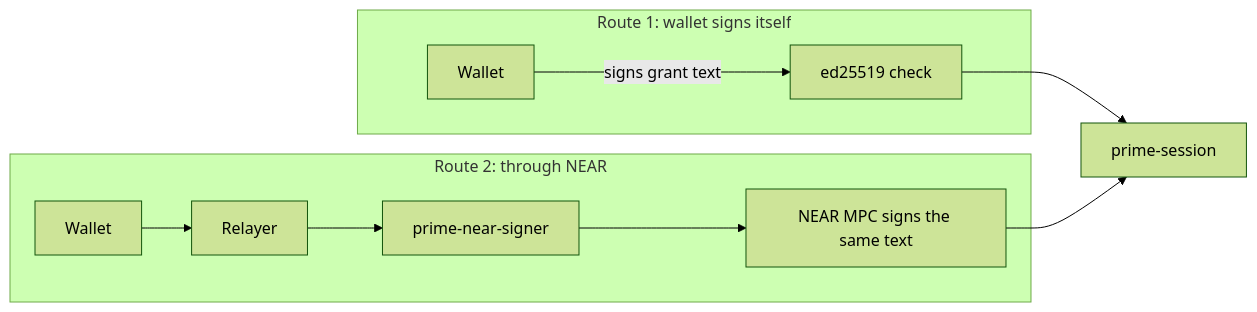
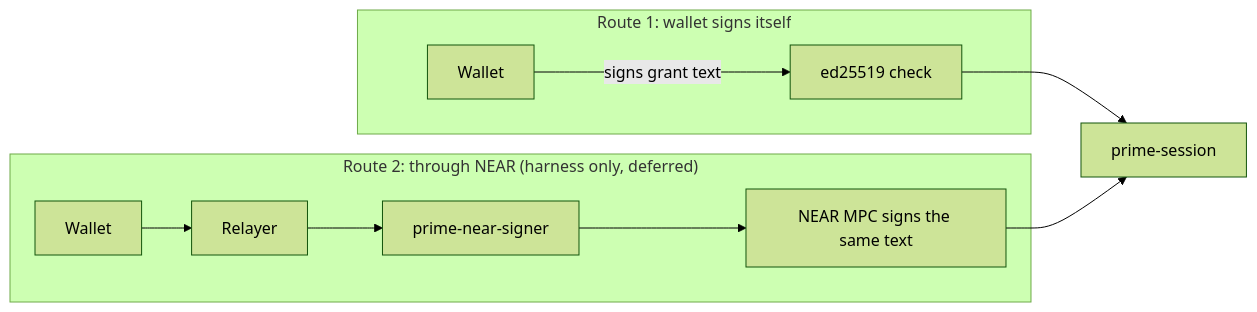
Diagram 14 of 14 in contracts/prime/solana/README-architecture.md (untangledfinance/oz-policy-builder), drawn with Mermaid (forest theme) before and after one commit. The commit also changed other lines of this file and 1 other file, not shown here.

````diff
--- a/contracts/prime/solana/README-architecture.md
+++ b/contracts/prime/solana/README-architecture.md
@@ -527,13 +619,13 @@
 ```mermaid
 flowchart LR
   subgraph NAT["Route 1: wallet signs itself"]
     W1[Wallet] -- "signs grant text" --> T1[ed25519 check]
   end
-  subgraph NEAR["Route 2: through NEAR"]
+  subgraph NEAR["Route 2: through NEAR (harness only, deferred)"]
     W2[Wallet] --> R2[Relayer]
     R2 --> S2[prime-near-signer]
     S2 --> M2[NEAR MPC signs the same text]
   end
   T1 --> P[prime-session]
   M2 --> P
 ```
````
